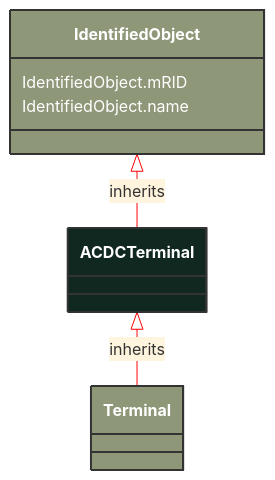
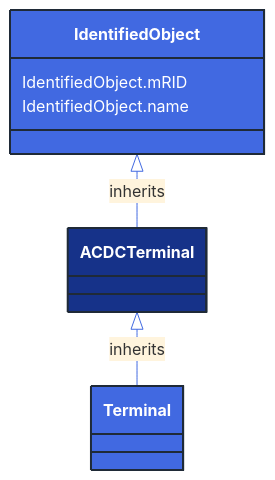
One commit to 3lbits/NoCIMExtensions changed the diagram in docs/Models/Profiles/StateVariables/AbstractClasses/ACDCTerminal.md. Above: the diagram before and after it, drawn with Mermaid. The commit also changed 362 other files, not shown here.

First line of the commit message:
Update diagrams and styles for improved visual consistency

````diff
--- a/docs/Models/Profiles/StateVariables/AbstractClasses/ACDCTerminal.md
+++ b/docs/Models/Profiles/StateVariables/AbstractClasses/ACDCTerminal.md
@@ -10,22 +10,22 @@
 ```mermaid
-%%{init: {'theme':'base','themeVariables': {'lineColor': '#FF0000'}}}%%
+%%{init: {'theme':'base','themeVariables': {'lineColor': '#4169E1'}}}%%
 classDiagram
     class ACDCTerminal
     click ACDCTerminal href "/Models/Profiles/StateVariables/AbstractClasses/ACDCTerminal/"
-    style ACDCTerminal fill:#102820,stroke:#333,stroke-width:2px,rx:10,ry:10,color:white
+    style ACDCTerminal fill:#163289,stroke:#1F2A37,stroke-width:2px,rx:10,ry:10,color:white
 
         ACDCTerminal <|-- Terminal : inherits
 
         Terminal
             click Terminal href "/Models/Profiles/StateVariables/ConcreteClasses/Terminal/"
-            style Terminal fill:#8F9779,stroke:#333,stroke-width:2px,rx:10,ry:10,color:white
+            style Terminal fill:#4169E1,stroke:#1F2A37,stroke-width:2px,rx:10,ry:10,color:white
      
         IdentifiedObject <|-- ACDCTerminal : inherits
             click IdentifiedObject href "/Models/Profiles/StateVariables/AbstractClasses/IdentifiedObject/"
-            style IdentifiedObject fill:#8F9779,stroke:#333,stroke-width:2px,rx:10,ry:10,color:white
+            style IdentifiedObject fill:#4169E1,stroke:#1F2A37,stroke-width:2px,rx:10,ry:10,color:white
 
 
 
         IdentifiedObject : IdentifiedObject.mRID
         IdentifiedObject : IdentifiedObject.name
 ```
````
